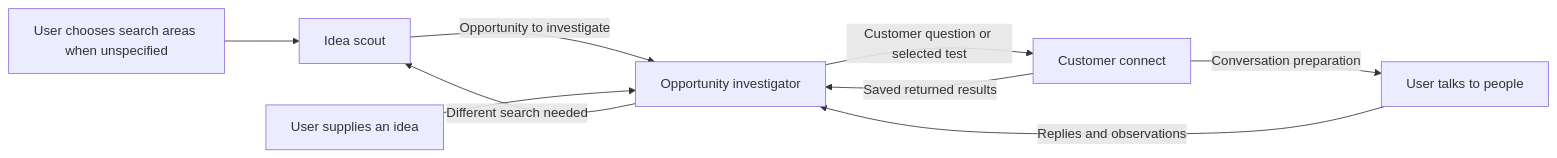
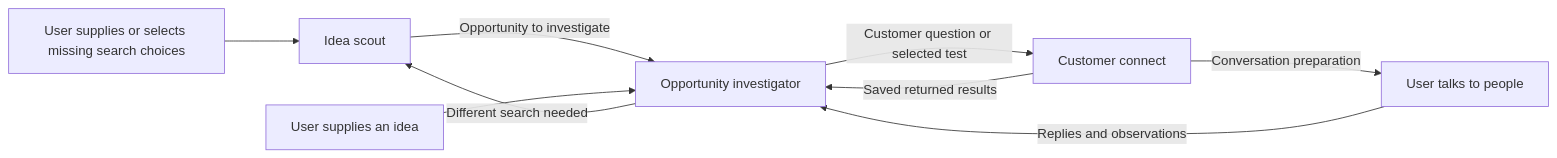
One commit to kvs26/startup-scout changed the diagram in SKILL-MAP.md. Above: the diagram before and after it, drawn with Mermaid. The commit also changed other lines of this file and 41 other files, not shown here.

Commit message:
feat: research and implement startup idea scout v2 Add search menus, category subagents, source catalog, clearer reports, and behavioral checks.

````diff
--- a/SKILL-MAP.md
+++ b/SKILL-MAP.md
@@ -19,11 +19,11 @@
 ```mermaid
 flowchart LR
-    Areas[User chooses search areas when unspecified] --> Scout
+    Areas[User supplies or selects missing search choices] --> Scout
     Scout[Idea scout] -->|Opportunity to investigate| Investigator[Opportunity investigator]
     Idea[User supplies an idea] --> Investigator
     Investigator -->|Customer question or selected test| Connect[Customer connect]
     Connect -->|Conversation preparation| User[User talks to people]
     User -->|Replies and observations| Investigator
     Connect -->|Saved returned results| Investigator
     Investigator -->|Different search needed| Scout
 ```
````
